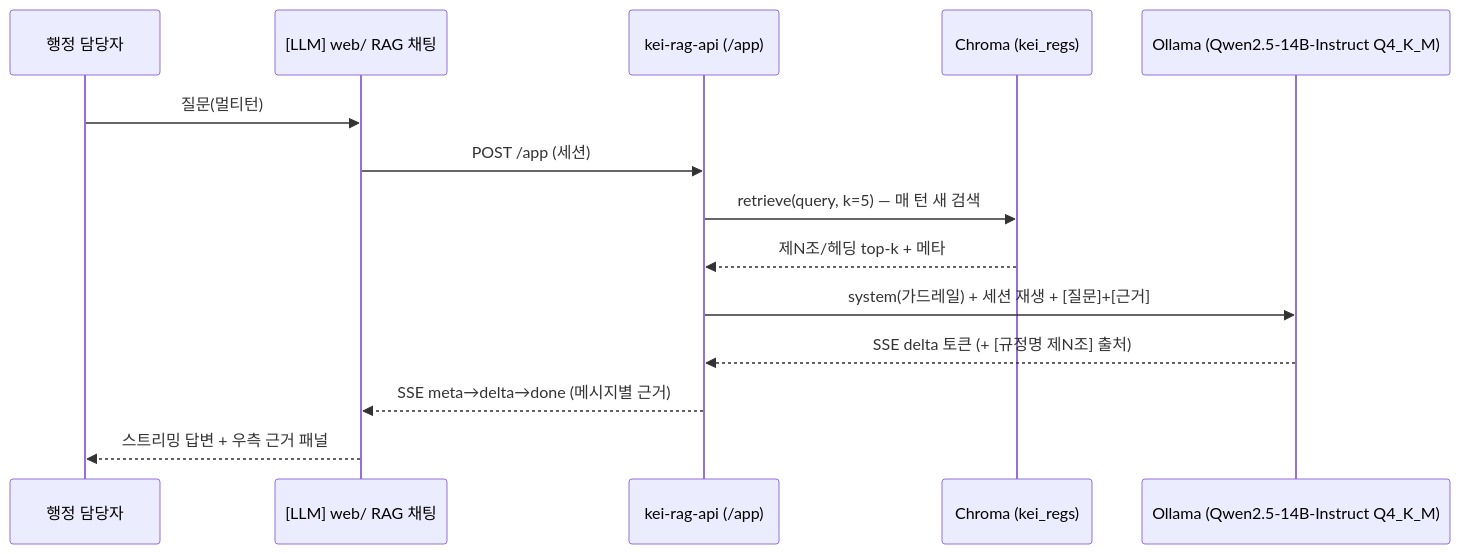
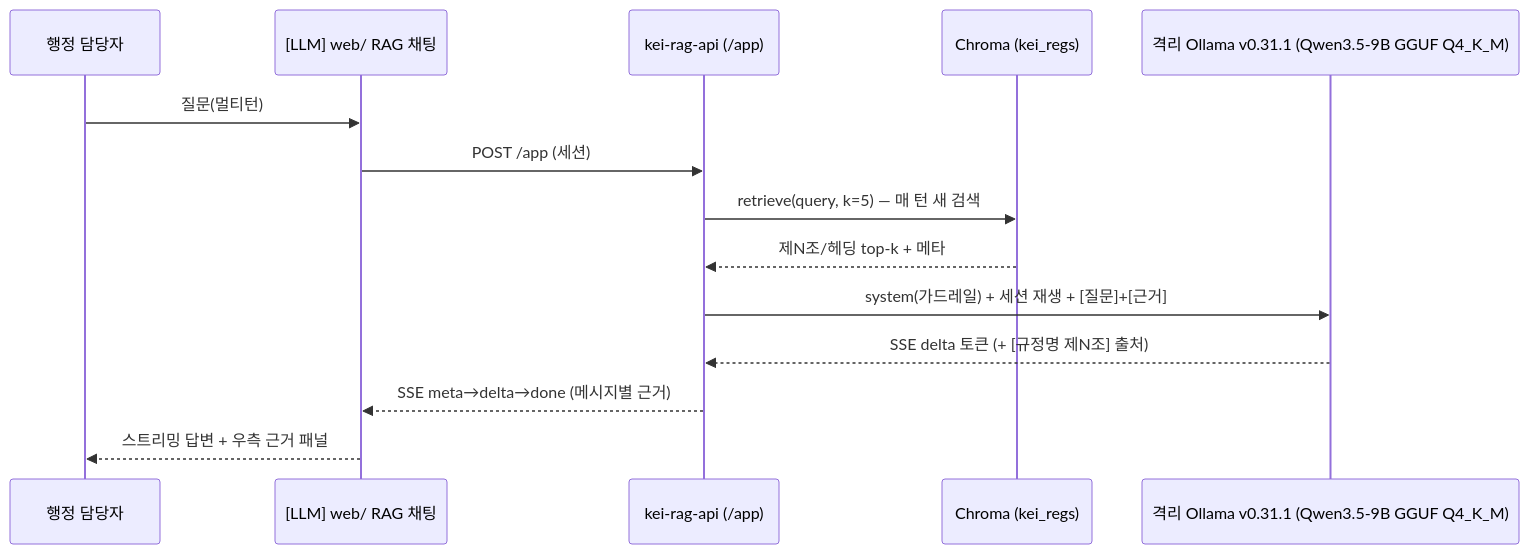
Before and after one commit to mooner92/KEIAdminSuperv: the second of 3 diagrams in docs/04-pipeline.md, drawn with Mermaid. The commit also changed other lines of this file and 17 other files, not shown here.

First line of the commit message:
docs: README + docs 전체 최신화 — Qwen3.5/Ollama·Next.js+TDS·7시스템·신규 플래그

````diff
--- a/docs/04-pipeline.md
+++ b/docs/04-pipeline.md
@@ -493,16 +499,16 @@
 ```mermaid
 sequenceDiagram
     participant U as 행정 담당자
     participant W as [LLM] web/ RAG 채팅
     participant A as kei-rag-api (/app)
     participant C as Chroma (kei_regs)
-    participant L as Ollama (Qwen2.5-14B-Instruct Q4_K_M)
+    participant L as 격리 Ollama v0.31.1 (Qwen3.5-9B GGUF Q4_K_M)
     U->>W: 질문(멀티턴)
     W->>A: POST /app (세션)
     A->>C: retrieve(query, k=5) — 매 턴 새 검색
     C-->>A: 제N조/헤딩 top-k + 메타
     A->>L: system(가드레일) + 세션 재생 + [질문]+[근거]
     L-->>A: SSE delta 토큰 (+ [규정명 제N조] 출처)
     A-->>W: SSE meta→delta→done (메시지별 근거)
     W-->>U: 스트리밍 답변 + 우측 근거 패널
 ```
````
